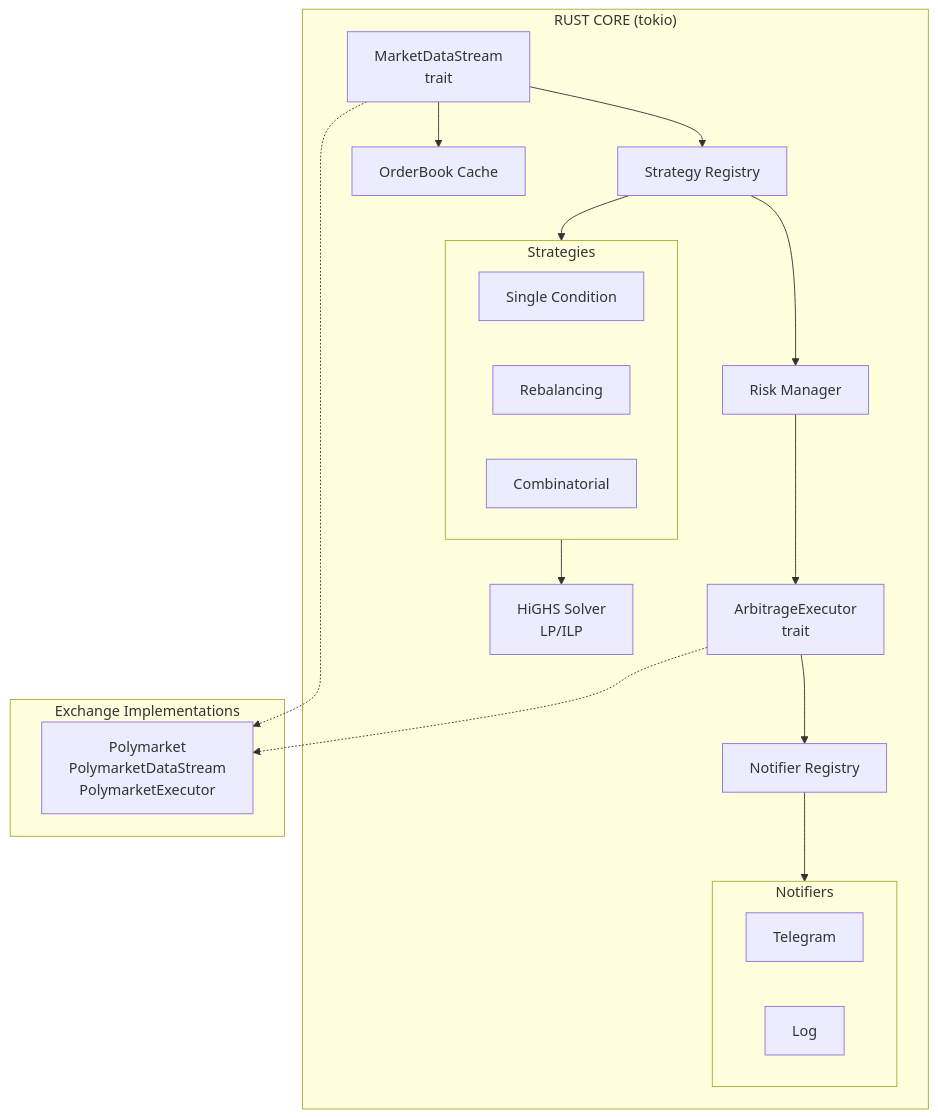
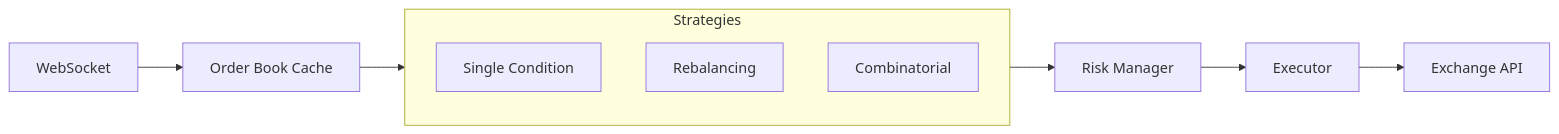
One commit to usealtoal/edgelord changed the diagram in README.md. Above: the diagram before and after it, drawn with Mermaid. The commit also changed other lines of this file and 11 other files, not shown here.

````diff
--- a/README.md
+++ b/README.md
@@ -21,34 +50,15 @@
 ```mermaid
-flowchart TB
-    subgraph core["RUST CORE (tokio)"]
-        WS[MarketDataStream<br/>trait] --> SR[Strategy Registry]
-        SR --> RM[Risk Manager]
-        WS --> OBC[OrderBook Cache]
+flowchart LR
+    WS[WebSocket] --> Cache[Order Book Cache]
+    Cache --> Strategies
 
-        subgraph strategies[Strategies]
-            SC[Single Condition]
-            RB[Rebalancing]
-            CB[Combinatorial]
-        end
-
-        SR --> strategies
-        strategies --> HiGHS[HiGHS Solver<br/>LP/ILP]
-
-        RM --> EX[ArbitrageExecutor<br/>trait]
-        EX --> NR[Notifier Registry]
-
-        subgraph notifiers[Notifiers]
-            TG[Telegram]
-            LOG[Log]
-        end
-
-        NR --> notifiers
+    subgraph Strategies
+        SC[Single Condition]
+        RB[Rebalancing]
+        CB[Combinatorial]
     end
 
-    subgraph exchanges["Exchange Implementations"]
-        PM[Polymarket<br/>PolymarketDataStream<br/>PolymarketExecutor]
-    end
-
-    WS -.-> PM
-    EX -.-> PM
+    Strategies --> Risk[Risk Manager]
+    Risk --> Exec[Executor]
+    Exec --> Exchange[Exchange API]
 ```
````
